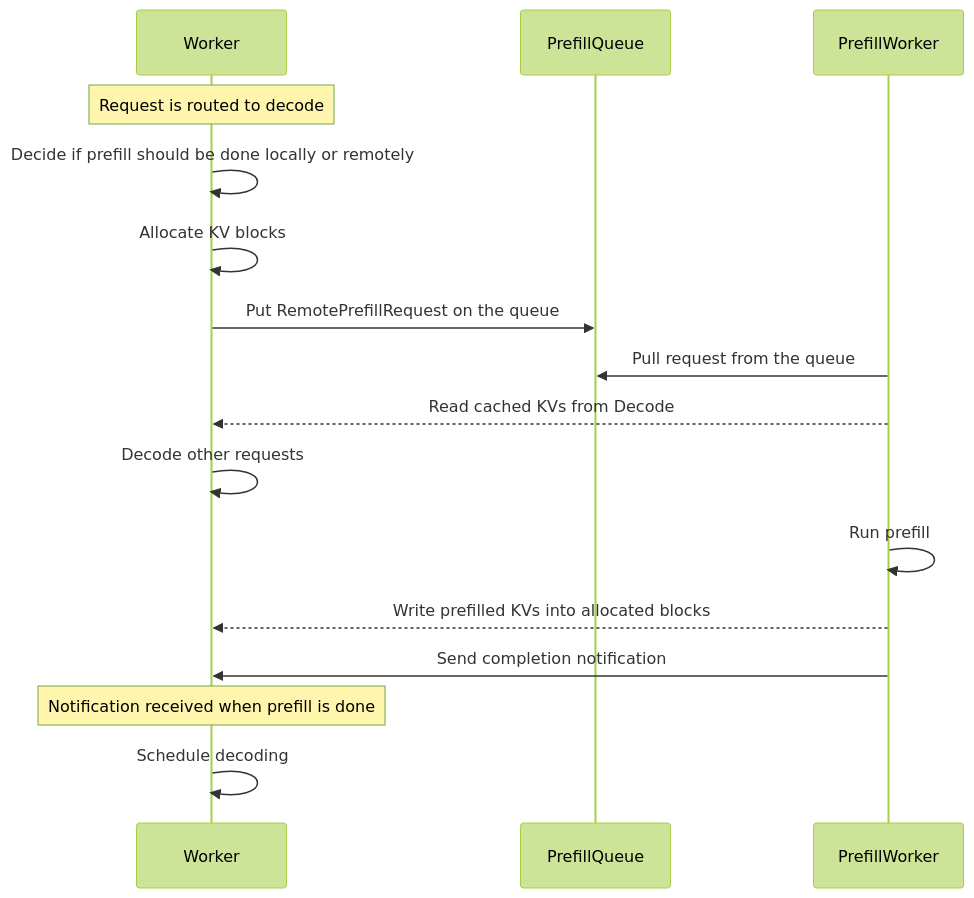
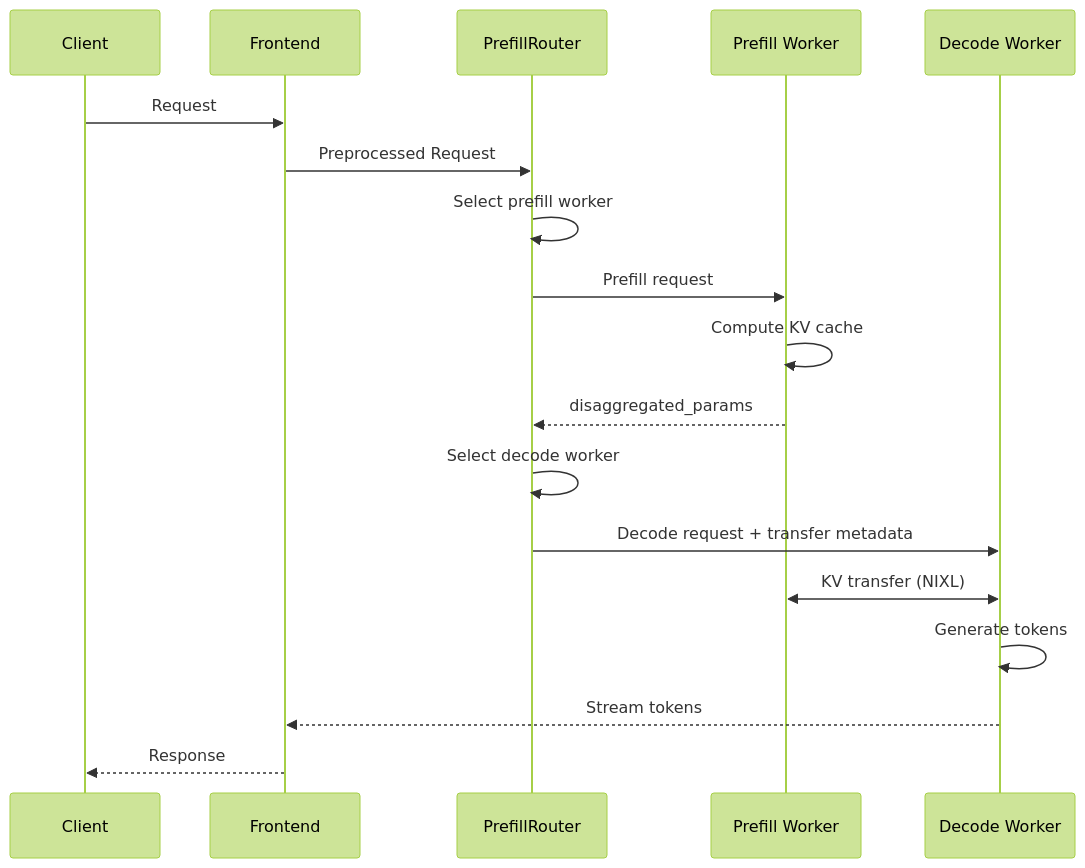
One commit to wxsms/dynamo changed the diagram in docs/design_docs/disagg_serving.md. Above: the diagram before and after it, drawn with Mermaid (forest theme). The commit also changed other lines of this file and 1 other file, not shown here.

Commit message:
docs: Update disagg and request flow design docs based on latest code (#5993)

````diff
--- a/docs/design_docs/disagg_serving.md
+++ b/docs/design_docs/disagg_serving.md
@@ -21,22 +26,21 @@
 ```mermaid
 sequenceDiagram
-    participant D as Worker
-    participant Q as PrefillQueue
-    participant P as PrefillWorker
+    participant Client
+    participant Frontend
+    participant Router as PrefillRouter
+    participant Prefill as Prefill Worker
+    participant Decode as Decode Worker
 
-    Note over D: Request is routed to decode
-    D->>D: Decide if prefill should be done locally or remotely
-
-        D->>D: Allocate KV blocks
-        D->>Q: Put RemotePrefillRequest on the queue
-
-        P->>Q: Pull request from the queue
-        P-->>D: Read cached KVs from Decode
-
-        D->>D: Decode other requests
-        P->>P: Run prefill
-        P-->>D: Write prefilled KVs into allocated blocks
-        P->>D: Send completion notification
-        Note over D: Notification received when prefill is done
-        D->>D: Schedule decoding
+    Client->>Frontend: Request
+    Frontend->>Router: Preprocessed Request
+    Router->>Router: Select prefill worker
+    Router->>Prefill: Prefill request
+    Prefill->>Prefill: Compute KV cache
+    Prefill-->>Router: disaggregated_params
+    Router->>Router: Select decode worker
+    Router->>Decode: Decode request + transfer metadata
+    Decode<<->>Prefill: KV transfer (NIXL)
+    Decode->>Decode: Generate tokens
+    Decode-->>Frontend: Stream tokens
+    Frontend-->>Client: Response
 ```
````
